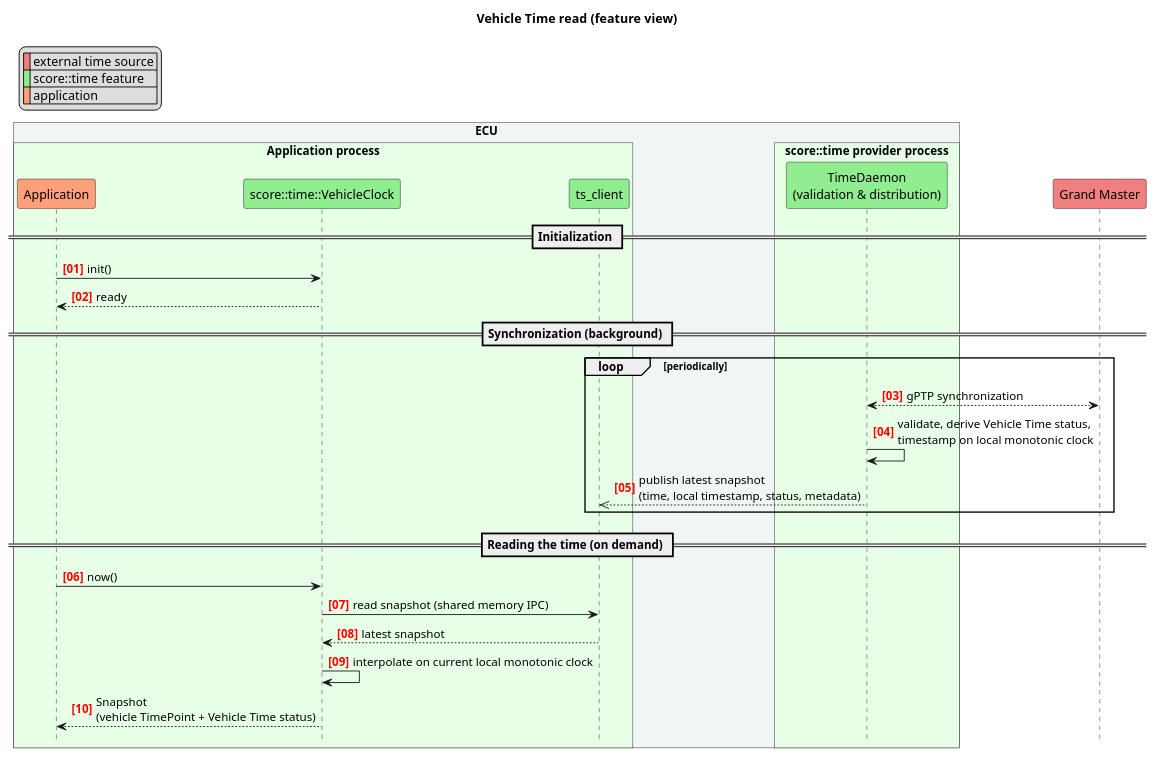
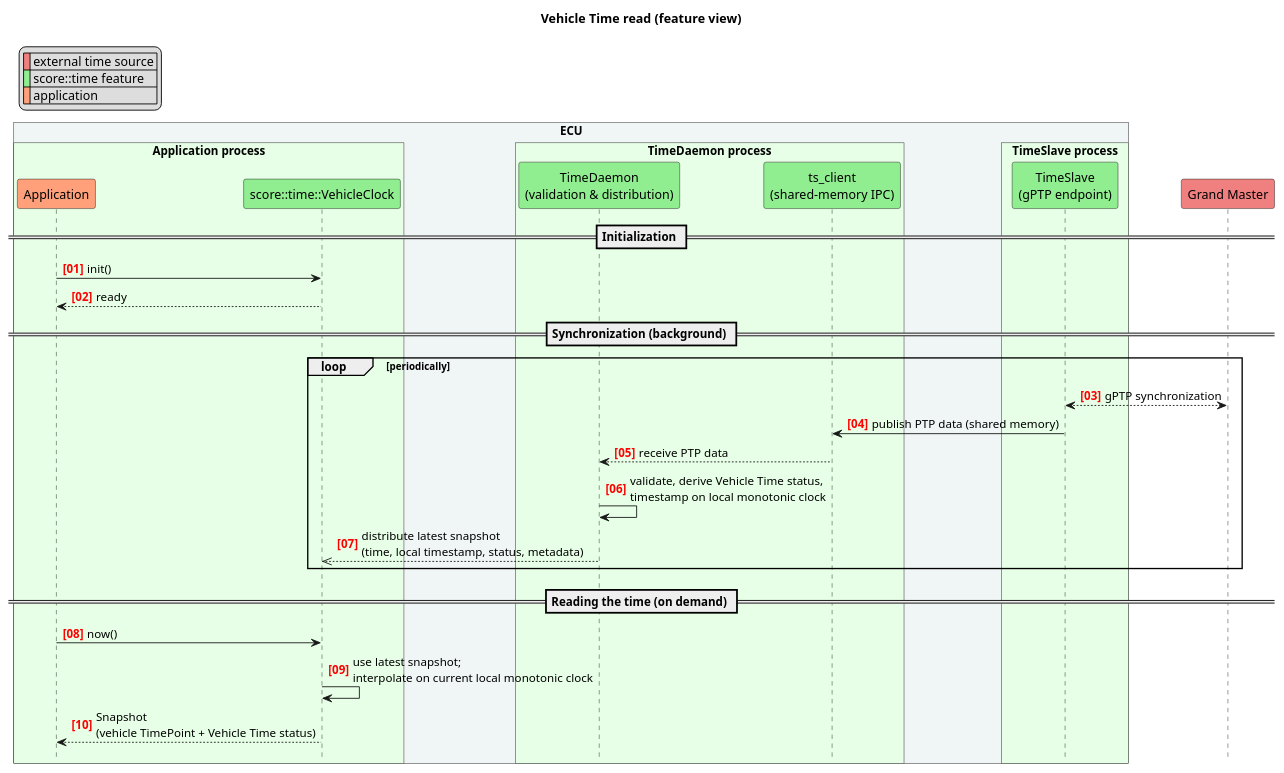
Before and after one commit to eclipse-score/time: the diagram in docs/features/architecture/_assets/vehicle_time_read_flow.puml, drawn with PlantUML. The commit also changed 6 other files, not shown here.

```diff
--- a/docs/features/architecture/_assets/vehicle_time_read_flow.puml
+++ b/docs/features/architecture/_assets/vehicle_time_read_flow.puml
@@ -14,46 +14,49 @@
 @startuml
 
 hide footbox
 
 autonumber "<font color=red><b>[00]"
 
 title Vehicle Time read (feature view)
 
 legend top left
 | <#LightCoral>  | external time source |
 | <#LightGreen>  | score::time feature  |
 | <#LightSalmon> | application          |
 endlegend
 
 !pragma teoz true
 box "ECU" #f0f5f5
   box "Application process" #e6ffe6
     participant "Application"                      as app  #LightSalmon
-    participant "score::time::VehicleClock"         as vc   #LightGreen
-    participant "ts_client"                         as tsc  #LightGreen
+    participant "score::time::VehicleClock"        as vc   #LightGreen
   end box
-  box "score::time provider process" #e6ffe6
+  box "TimeDaemon process" #e6ffe6
     participant "TimeDaemon\n(validation & distribution)" as td #LightGreen
+    participant "ts_client\n(shared-memory IPC)" as tsc #LightGreen
+  end box
+  box "TimeSlave process" #e6ffe6
+    participant "TimeSlave\n(gPTP endpoint)" as ts #LightGreen
   end box
 end box
 participant "Grand Master" as host #LightCoral
 
 == Initialization ==
 app -> vc : init()
 vc --> app : ready
 
 == Synchronization (background) ==
 loop periodically
-  host <--> td : gPTP synchronization
+  host <--> ts : gPTP synchronization
+  ts -> tsc : publish PTP data (shared memory)
+  tsc --> td : receive PTP data
   td -> td : validate, derive Vehicle Time status,\ntimestamp on local monotonic clock
-  td -->> tsc : publish latest snapshot\n(time, local timestamp, status, metadata)
+  td -->> vc : distribute latest snapshot\n(time, local timestamp, status, metadata)
 end
 
 == Reading the time (on demand) ==
 app -> vc : now()
-vc -> tsc : read snapshot (shared memory IPC)
-tsc --> vc : latest snapshot
-vc -> vc : interpolate on current local monotonic clock
+vc -> vc : use latest snapshot;\ninterpolate on current local monotonic clock
 vc --> app : Snapshot\n(vehicle TimePoint + Vehicle Time status)
 
 @enduml
```
